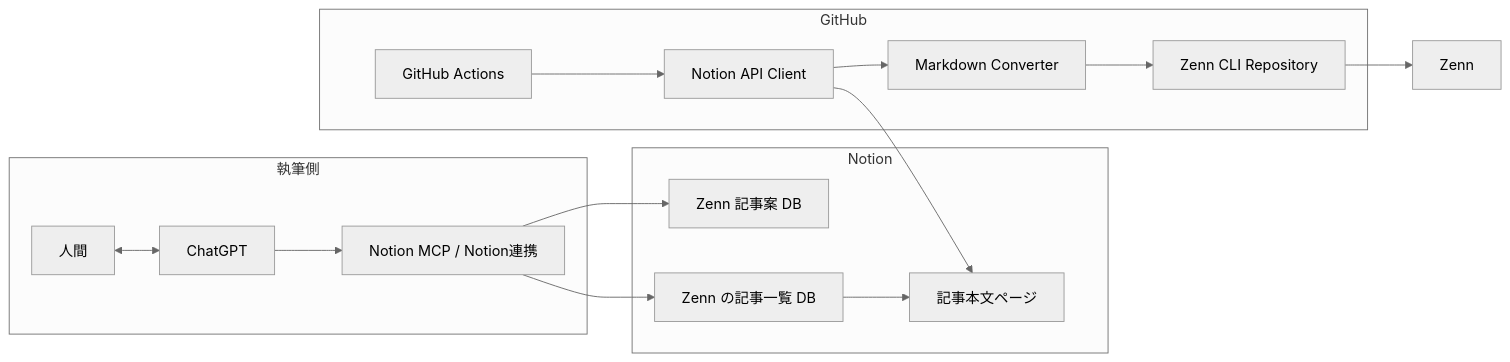
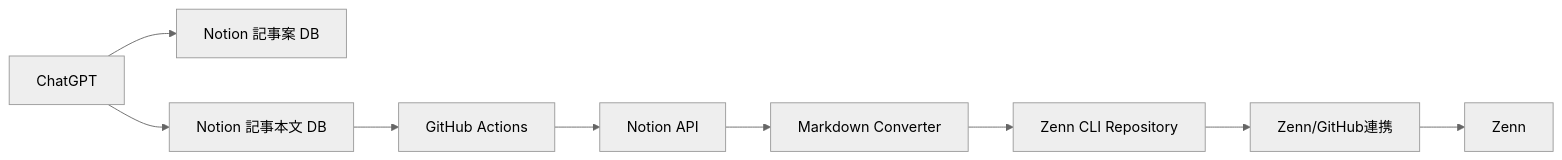
The second of 3 diagrams in articles/392c9702-a775-8101-9cec-d49b4240186e.md (gen740/zenn), drawn with Mermaid (neutral theme) before and after one commit. The commit also changed other lines of this file and 1 other file, not shown here.

Commit message:
[Actions] Sync with notion (2026-07-03T19:41:07)

````diff
--- a/articles/392c9702-a775-8101-9cec-d49b4240186e.md
+++ b/articles/392c9702-a775-8101-9cec-d49b4240186e.md
@@ -55,34 +57,11 @@
 ```mermaid
 flowchart LR
-    subgraph Author[執筆側]
-        A[人間]
-        B[ChatGPT]
-        C[Notion MCP / Notion連携]
-    end
-
-    subgraph Notion[Notion]
-        D[Zenn 記事案 DB]
-        E[Zenn の記事一覧 DB]
-        F[記事本文ページ]
-    end
-
-    subgraph GitHub[GitHub]
-        G[GitHub Actions]
-        H[Notion API Client]
-        I[Markdown Converter]
-        J[Zenn CLI Repository]
-    end
-
-    K[Zenn]
-
-    A <--> B
-    B --> C
-    C --> D
-    C --> E
-    E --> F
-    G --> H
-    H --> F
-    H --> I
-    I --> J
-    J --> K
+    A[ChatGPT] --> B[Notion 記事案 DB]
+    A --> C[Notion 記事本文 DB]
+    C --> D[GitHub Actions]
+    D --> E[Notion API]
+    E --> F[Markdown Converter]
+    F --> G[Zenn CLI Repository]
+    G --> H[Zenn/GitHub連携]
+    H --> I[Zenn]
 ```
````
